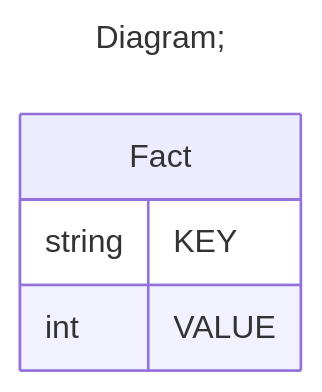
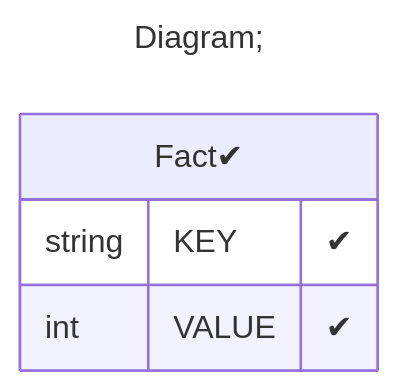
One commit to xmla-services/workground changed the third of 3 diagrams in demo/server/catalogs/min_Hierarchy_hasAll/README.MD. Above: the diagram before and after it, drawn with Mermaid. The commit also changed 44 other files, not shown here.

Commit message:
tutorials. add flags (positive, negative) in database diagram Signed-off-by: dbulahov <bulahovdenis@gmail.com>

````diff
--- a/demo/server/catalogs/min_Hierarchy_hasAll/README.MD
+++ b/demo/server/catalogs/min_Hierarchy_hasAll/README.MD
@@ -102,11 +102,11 @@
 ```mermaid
 ---
 title: Diagram;
 ---
 erDiagram
-Fact{
-string KEY
-int VALUE
+"Fact✔"{
+string KEY "✔"
+int VALUE "✔"
 }
 
 ```
````
